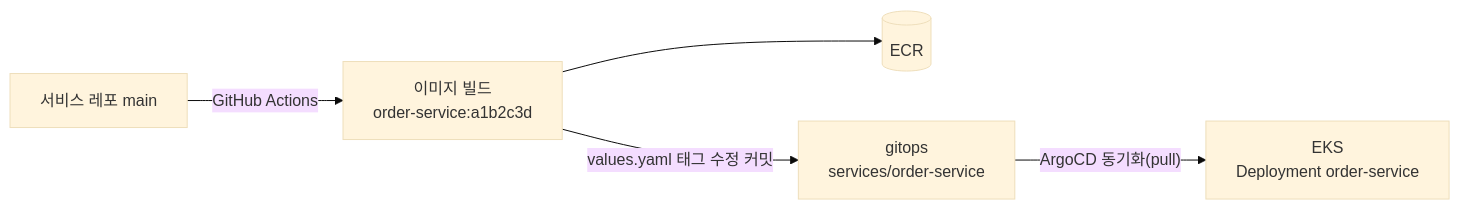
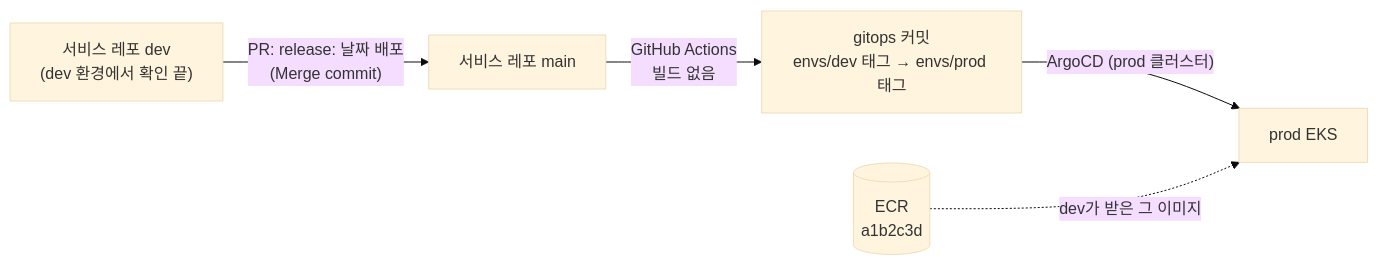
Before and after one commit to sesac-freshlink/gitops: the third of 4 diagrams in README.md, drawn with Mermaid (base theme). The commit also changed other lines of this file and 2 other files, not shown here.

First line of the commit message:
docs: README를 dev·prod 배포 흐름 기준으로 다시 정리

````diff
--- a/README.md
+++ b/README.md
@@ -16,7 +134,7 @@
 ```mermaid
 flowchart LR
-    M["서비스 레포 main"] -- "GitHub Actions" --> B["이미지 빌드<br/>order-service:a1b2c3d"]
-    B --> ECR[("ECR")]
-    B -- "values.yaml 태그 수정 커밋" --> G["gitops<br/>services/order-service"]
-    G -- "ArgoCD 동기화(pull)" --> K["EKS<br/>Deployment order-service"]
+    D["서비스 레포 dev<br/>(dev 환경에서 확인 끝)"] -- "PR: release: 날짜 배포<br/>(Merge commit)" --> M["서비스 레포 main"]
+    M -- "GitHub Actions<br/>빌드 없음" --> P["gitops 커밋<br/>envs/dev 태그 → envs/prod 태그"]
+    P -- "ArgoCD (prod 클러스터)" --> K["prod EKS"]
+    ECR[("ECR<br/>a1b2c3d")] -. "dev가 받은 그 이미지" .-> K
 ```
````
